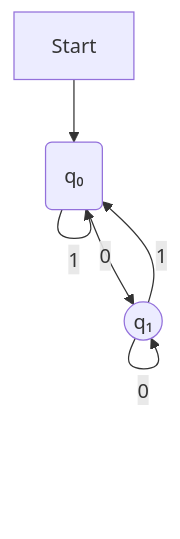
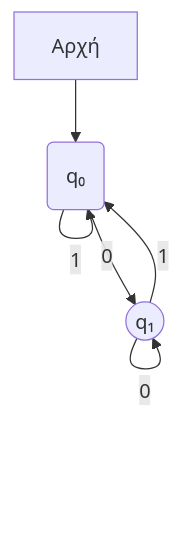
Before and after one commit to PanagopoulosNikolaos/DitOpenNotes: the third of 4 diagrams in Year_1/Semester_2/DISCRETE_MATHEMATICS/Resources/Notes/7_Automata Theory and Formal Languages.md, drawn with Mermaid. The commit also changed other lines of this file and 8 other files, not shown here.

````diff
--- a/Year_1/Semester_2/DISCRETE_MATHEMATICS/Resources/Notes/7_Automata Theory and Formal Languages.md
+++ b/Year_1/Semester_2/DISCRETE_MATHEMATICS/Resources/Notes/7_Automata Theory and Formal Languages.md
@@ -87,8 +87,8 @@
 ```mermaid
 graph TD
-    A[Start] --> B(q₀);
+    A[Αρχή] --> B(q₀);
     B -- 1 --> B;
     B -- 0 --> C((q₁));
     C -- 1 --> B;
     C -- 0 --> C;
 ```
````
